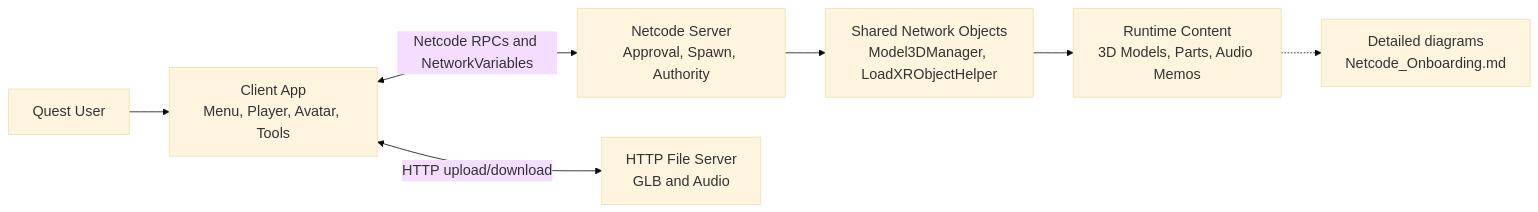
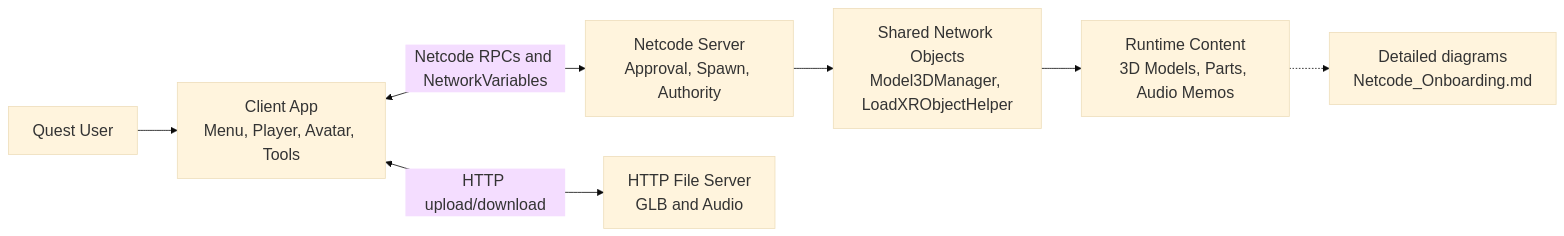
Before and after one commit to tamntmirabo/Test_Mermaid: the first of 7 diagrams in README.md, drawn with Mermaid.

````diff
--- a/README.md
+++ b/README.md
@@ -14,10 +14,10 @@
 ```mermaid
-%%{init: {"theme": "base", "themeVariables": {"fontSize": "18px"}, "sequence": {"actorFontSize": 18, "messageFontSize": 18, "noteFontSize": 18}, "themeCSS": "text, tspan, .nodeLabel, .edgeLabel, .actor, .messageText, .labelText, .loopText, .noteText { font-size: 18px !important; }"}}%%
+%%{init: {"theme": "base", "themeVariables": {"fontSize": "20px"}, "sequence": {"actorFontSize": 20, "messageFontSize": 20, "noteFontSize": 20}, "themeCSS": "text, tspan, .nodeLabel, .edgeLabel, .actor, .messageText, .labelText, .loopText, .noteText { font-size: 20px !important; }"}}%%
 flowchart LR
     User["Quest User"] --> Client["Client App<br/>Menu, Player, Avatar, Tools"]
     Client <-->|"Netcode RPCs and NetworkVariables"| Server["Netcode Server<br/>Approval, Spawn, Authority"]
     Server --> Shared["Shared Network Objects<br/>Model3DManager, LoadXRObjectHelper"]
     Client <-->|"HTTP upload/download"| Files["HTTP File Server<br/>GLB and Audio"]
     Shared --> Content["Runtime Content<br/>3D Models, Parts, Audio Memos"]
     Content -.-> Detail["Detailed diagrams<br/>Netcode_Onboarding.md"]
 ```
````
